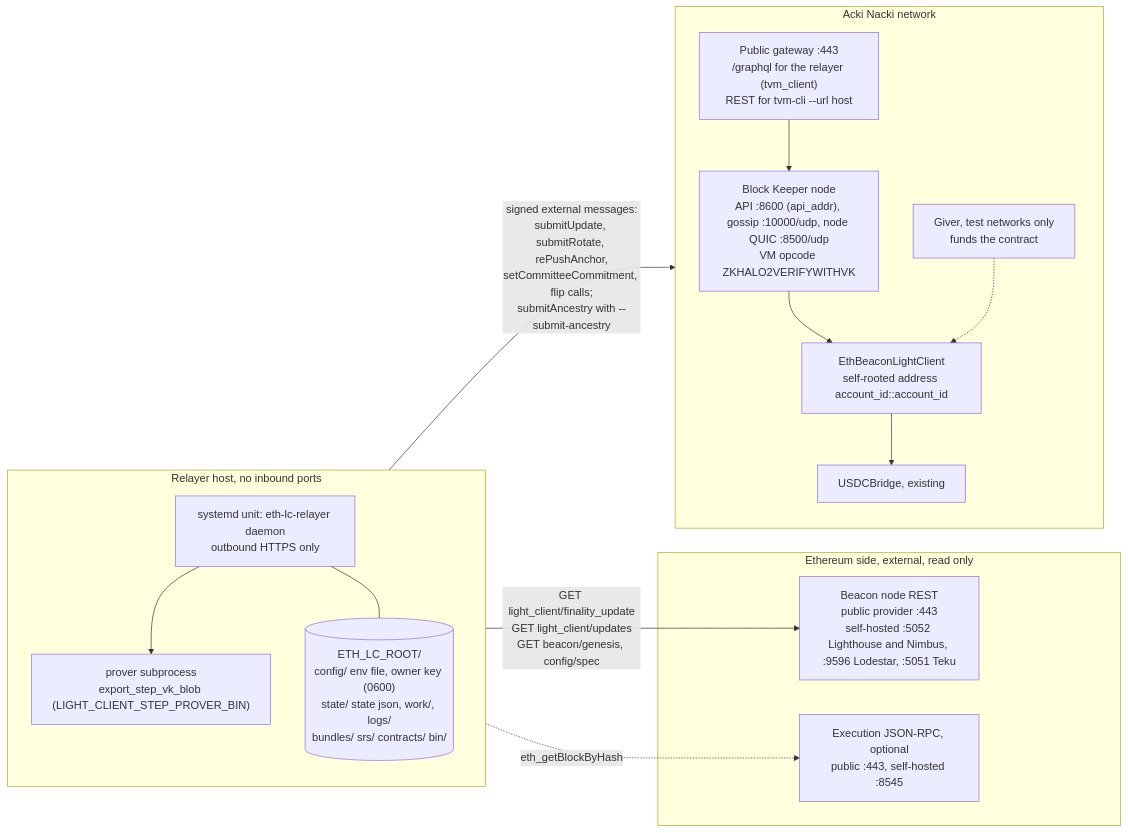
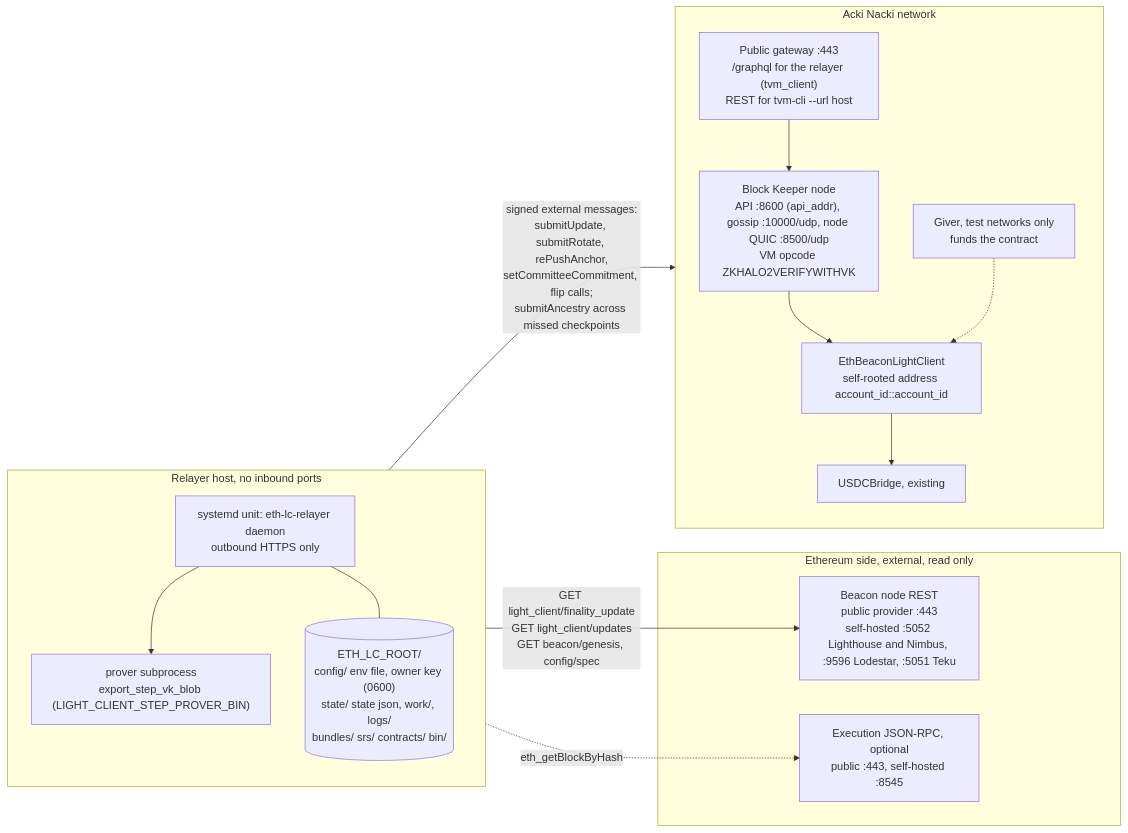
The fifth of 5 diagrams in docs/eth-light-client.md (gosh-sh/bridge), drawn with Mermaid before and after one commit. The commit also changed other lines of this file and 19 other files, not shown here.

````diff
--- a/docs/eth-light-client.md
+++ b/docs/eth-light-client.md
@@ -388,30 +399,30 @@
 ```mermaid
 flowchart LR
   subgraph EXT["Ethereum side, external, read only"]
     BN["Beacon node REST<br/>public provider :443<br/>self-hosted :5052 Lighthouse and Nimbus, :9596 Lodestar, :5051 Teku"]
     EN["Execution JSON-RPC, optional<br/>public :443, self-hosted :8545"]
   end
   subgraph RH["Relayer host, no inbound ports"]
     direction TB
     SVC["systemd unit: eth-lc-relayer daemon<br/>outbound HTTPS only"]
     PRV["prover subprocess<br/>export_step_vk_blob (LIGHT_CLIENT_STEP_PROVER_BIN)"]
     FS[("ETH_LC_ROOT/<br/>config/ env file, owner key (0600)<br/>state/ state json, work/, logs/<br/>bundles/ srs/ contracts/ bin/")]
     SVC --> PRV
     SVC --- FS
   end
   subgraph ANN["Acki Nacki network"]
     direction TB
     GW["Public gateway :443<br/>/graphql for the relayer (tvm_client)<br/>REST for tvm-cli --url host"]
     NODE["Block Keeper node<br/>API :8600 (api_addr), gossip :10000/udp, node QUIC :8500/udp<br/>VM opcode ZKHALO2VERIFYWITHVK"]
     LC["EthBeaconLightClient<br/>self-rooted address account_id::account_id"]
     UB["USDCBridge, existing"]
     GIV["Giver, test networks only<br/>funds the contract"]
     GW --> NODE
     NODE --> LC
     LC --> UB
     GIV -.-> LC
   end
   SVC -- "GET light_client/finality_update<br/>GET light_client/updates<br/>GET beacon/genesis, config/spec" --> BN
   SVC -. "eth_getBlockByHash" .-> EN
-  SVC -- "signed external messages:<br/>submitUpdate, submitRotate, rePushAnchor,<br/>setCommitteeCommitment, flip calls;<br/>submitAncestry with --submit-ancestry" --> GW
+  SVC -- "signed external messages:<br/>submitUpdate, submitRotate, rePushAnchor,<br/>setCommitteeCommitment, flip calls;<br/>submitAncestry across missed checkpoints" --> GW
 ```
````
